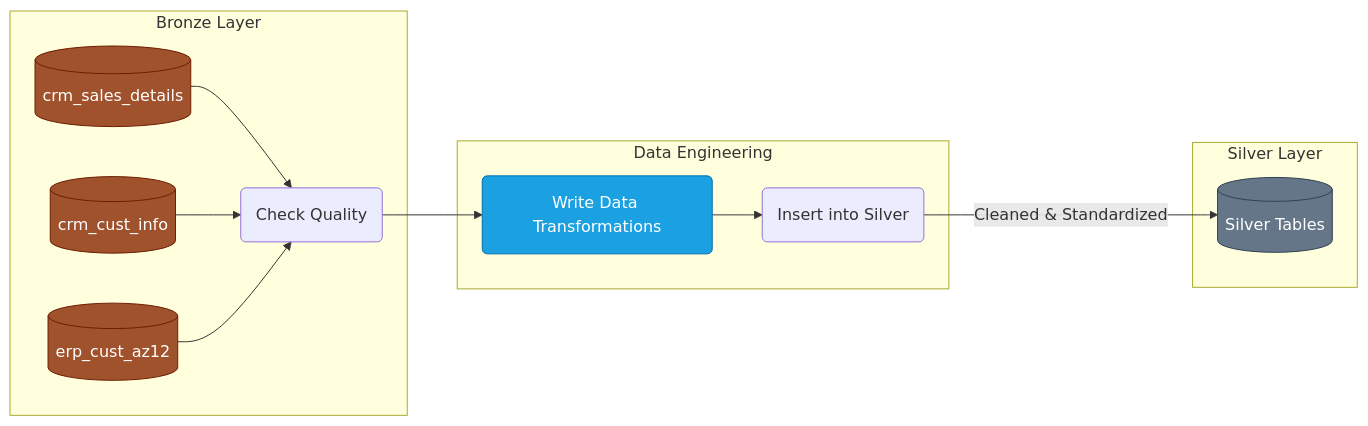
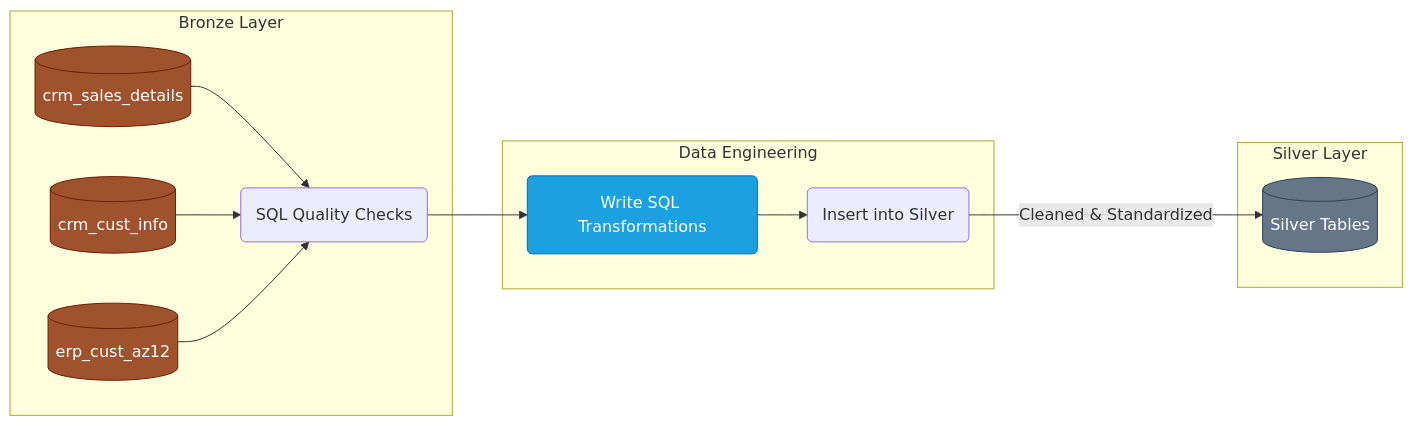
One commit to parvezshahriar/sql-data-warehouse-project changed the second of 3 diagrams in README.md. Above: the diagram before and after it, drawn with Mermaid. The commit also changed other lines of this file, not shown here.

First line of the commit message:
Revise README for PostgreSQL integration and clarity

````diff
--- a/README.md
+++ b/README.md
@@ -53,23 +53,23 @@
 ```mermaid
 graph LR
     subgraph Bronze Layer
-        A[(crm_sales_details)] --> D(Check Quality)
+        A[(crm_sales_details)] --> D(SQL Quality Checks)
         B[(crm_cust_info)] --> D
         C[(erp_cust_az12)] --> D
     end
 
     subgraph Data Engineering
-        D --> E(Write Data Transformations)
+        D --> E(Write SQL Transformations)
         E --> F(Insert into Silver)
     end
 
     subgraph Silver Layer
         F -->|Cleaned & Standardized| G[(Silver Tables)]
     end
 
     style A fill:#a0522d,stroke:#6D1F00,color:#fff
     style B fill:#a0522d,stroke:#6D1F00,color:#fff
     style C fill:#a0522d,stroke:#6D1F00,color:#fff
     style E fill:#1ba1e2,stroke:#006EAF,color:#fff
     style G fill:#647687,stroke:#314354,color:#fff
 ```
````
